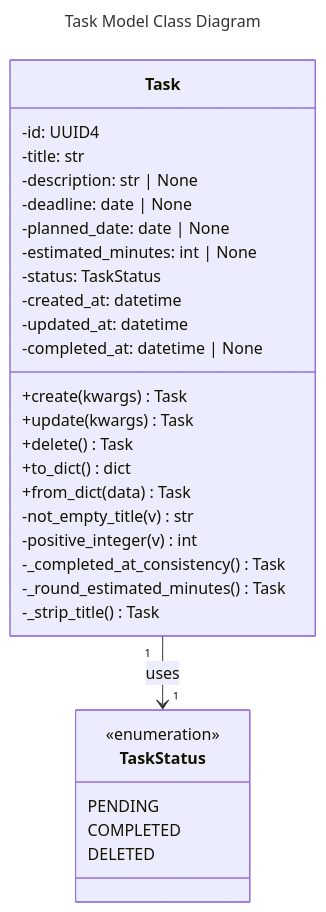
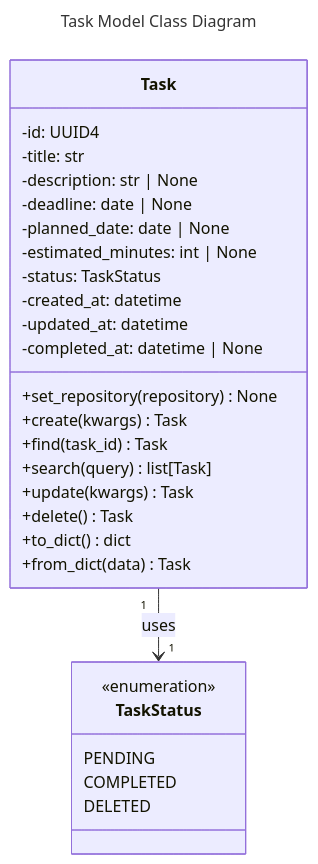
One commit to Eisler18/assistant_agent changed the first of 2 diagrams in docs/models.md. Above: the diagram before and after it, drawn with Mermaid. The commit also changed other lines of this file, not shown here.

````diff
--- a/docs/models.md
+++ b/docs/models.md
@@ -30,38 +30,36 @@
 ```mermaid
 ---
 title: Task Model Class Diagram
 ---
 classDiagram
     class TaskStatus {
         <<enumeration>>
         PENDING
         COMPLETED
         DELETED
     }
     
     class Task {
         -id: UUID4
         -title: str
         -description: str | None
         -deadline: date | None
         -planned_date: date | None
         -estimated_minutes: int | None
         -status: TaskStatus
         -created_at: datetime
         -updated_at: datetime
         -completed_at: datetime | None
         
+        +set_repository(repository) None
         +create(kwargs) Task
+        +find(task_id) Task
+        +search(query) list[Task]
         +update(kwargs) Task
         +delete() Task
         +to_dict() dict
         +from_dict(data) Task
-        -not_empty_title(v) str
-        -positive_integer(v) int
-        -_completed_at_consistency() Task
-        -_round_estimated_minutes() Task
-        -_strip_title() Task
     }
     
     Task "1" --> "1" TaskStatus : uses
 ```
````
